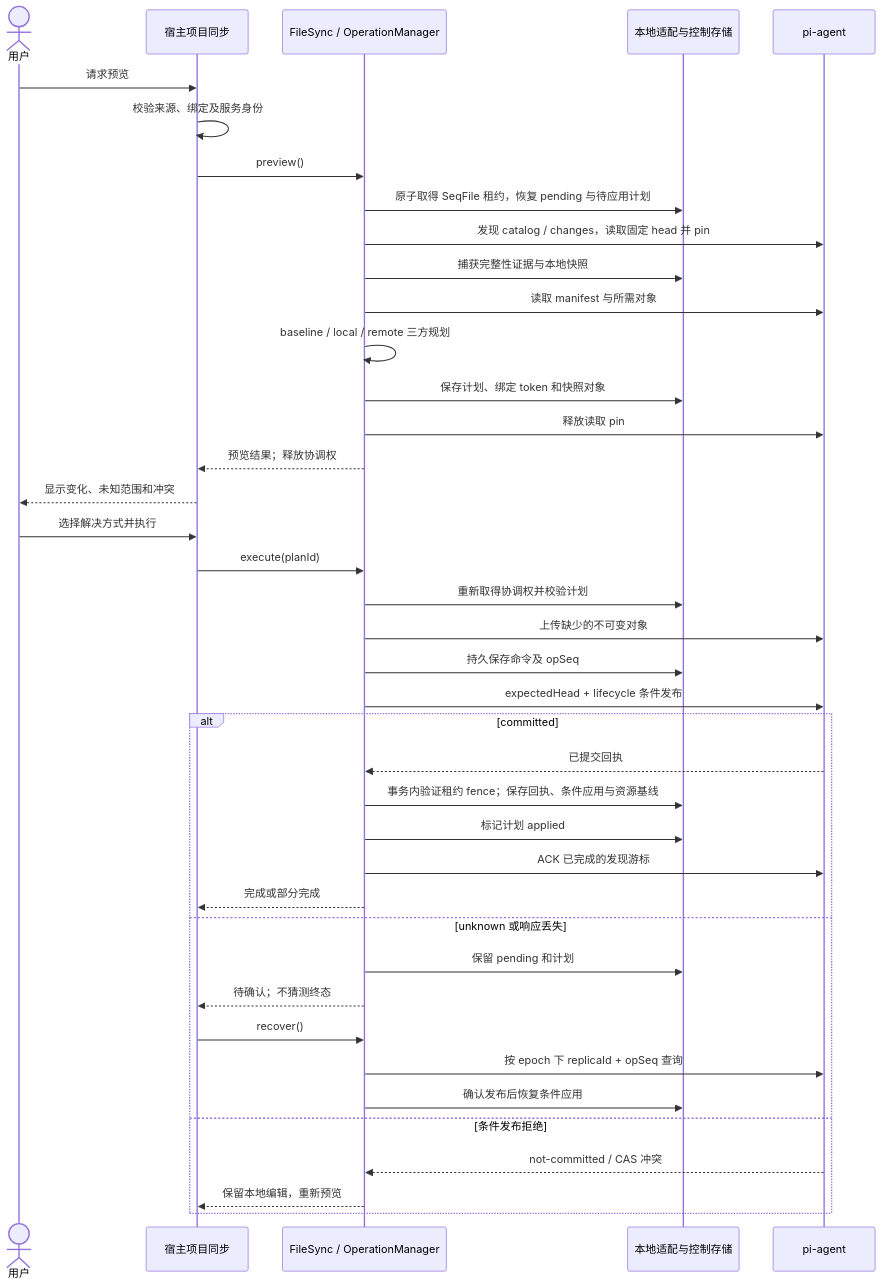
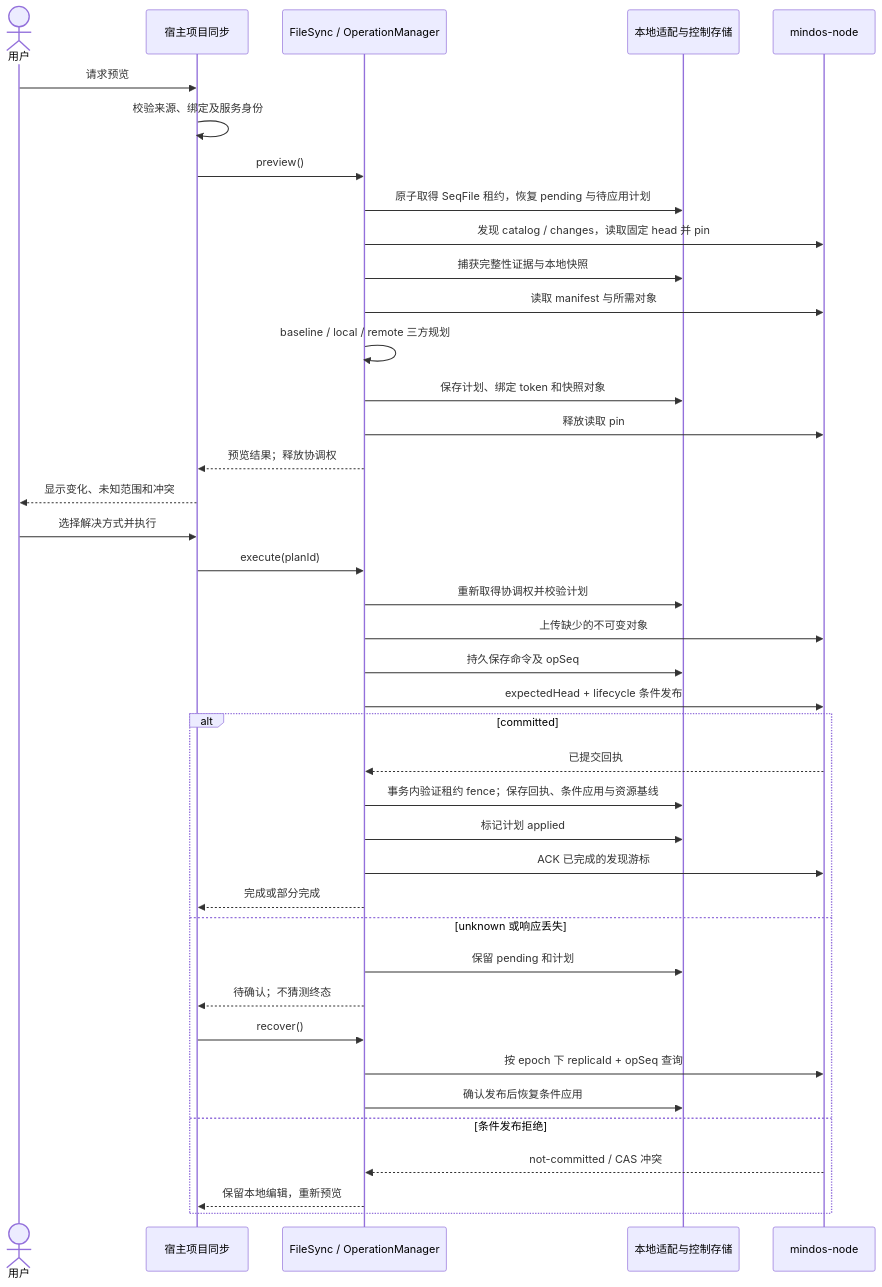
Before and after one commit to mushuanli/NestOS: the third of 4 diagrams in doc/design/sync-vfs-module-boundaries.md, drawn with Mermaid. The commit also changed other lines of this file and 113 other files, not shown here.

Commit message:
refactor(mindos-node): migrate service and client naming across workspaces

````diff
--- a/doc/design/sync-vfs-module-boundaries.md
+++ b/doc/design/sync-vfs-module-boundaries.md
@@ -84,42 +84,42 @@
 ```mermaid
 sequenceDiagram
     actor User as 用户
     participant Host as 宿主项目同步
     participant Core as FileSync / OperationManager
     participant Local as 本地适配与控制存储
-    participant Cloud as pi-agent
+    participant Cloud as mindos-node
     User->>Host: 请求预览
     Host->>Host: 校验来源、绑定及服务身份
     Host->>Core: preview()
     Core->>Local: 原子取得 SeqFile 租约，恢复 pending 与待应用计划
     Core->>Cloud: 发现 catalog / changes，读取固定 head 并 pin
     Core->>Local: 捕获完整性证据与本地快照
     Core->>Cloud: 读取 manifest 与所需对象
     Core->>Core: baseline / local / remote 三方规划
     Core->>Local: 保存计划、绑定 token 和快照对象
     Core->>Cloud: 释放读取 pin
     Core-->>Host: 预览结果；释放协调权
     Host-->>User: 显示变化、未知范围和冲突
     User->>Host: 选择解决方式并执行
     Host->>Core: execute(planId)
     Core->>Local: 重新取得协调权并校验计划
     Core->>Cloud: 上传缺少的不可变对象
     Core->>Local: 持久保存命令及 opSeq
     Core->>Cloud: expectedHead + lifecycle 条件发布
     alt committed
         Cloud-->>Core: 已提交回执
         Core->>Local: 事务内验证租约 fence；保存回执、条件应用与资源基线
         Core->>Local: 标记计划 applied
         Core->>Cloud: ACK 已完成的发现游标
         Core-->>Host: 完成或部分完成
     else unknown 或响应丢失
         Core->>Local: 保留 pending 和计划
         Core-->>Host: 待确认；不猜测终态
         Host->>Core: recover()
         Core->>Cloud: 按 epoch 下 replicaId + opSeq 查询
         Core->>Local: 确认发布后恢复条件应用
     else 条件发布拒绝
         Cloud-->>Core: not-committed / CAS 冲突
         Core-->>Host: 保留本地编辑，重新预览
     end
 ```
````
